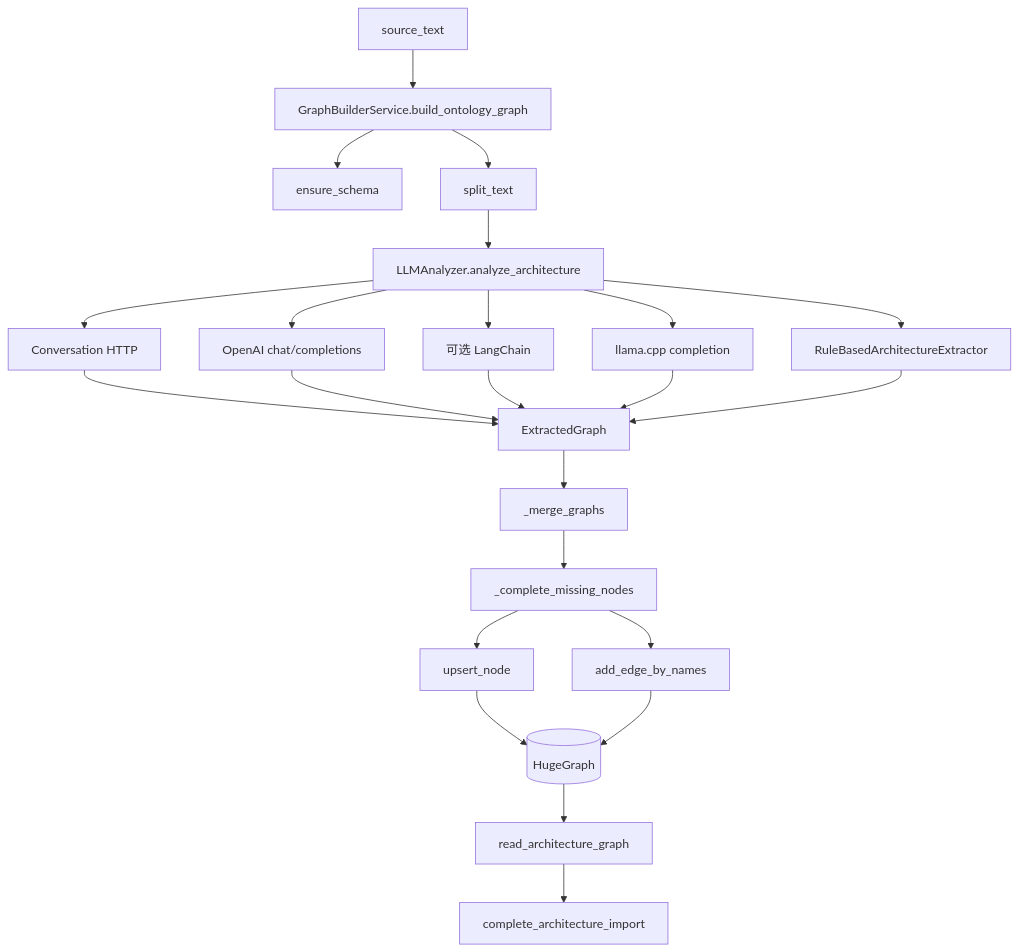
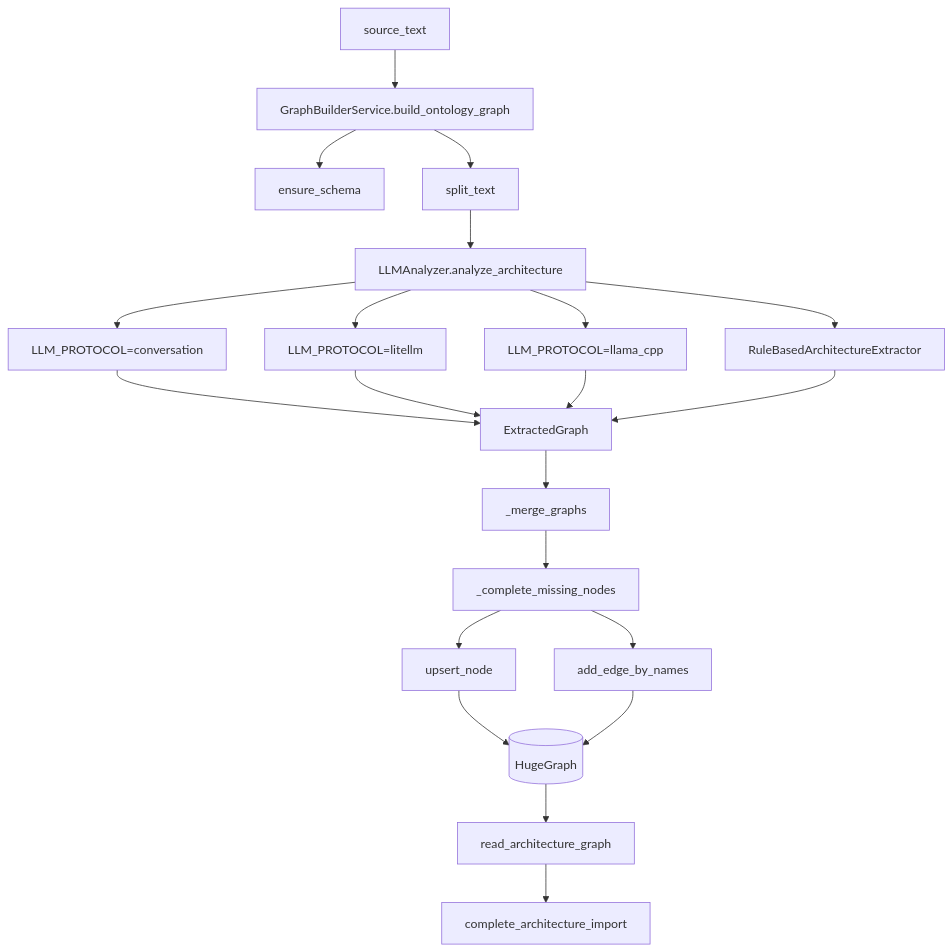
Before and after one commit to YoungYa01/llm-hugegraph: the second of 2 diagrams in docs/Log系统运维SOP文档.md, drawn with Mermaid. The commit also changed other lines of this file and 14 other files, not shown here.

````diff
--- a/docs/Log系统运维SOP文档.md
+++ b/docs/Log系统运维SOP文档.md
@@ -340,25 +348,23 @@
 ```mermaid
 flowchart TD
     T[source_text] --> B[GraphBuilderService.build_ontology_graph]
     B --> S[ensure_schema]
     B --> C[split_text]
     C --> A[LLMAnalyzer.analyze_architecture]
-    A --> C1[Conversation HTTP]
-    A --> C2[OpenAI chat/completions]
-    A --> C3[可选 LangChain]
-    A --> C4[llama.cpp completion]
-    A --> C5[RuleBasedArchitectureExtractor]
+    A --> C1[LLM_PROTOCOL=conversation]
+    A --> C2[LLM_PROTOCOL=litellm]
+    A --> C3[LLM_PROTOCOL=llama_cpp]
+    A --> C4[RuleBasedArchitectureExtractor]
     C1 --> N[ExtractedGraph]
     C2 --> N
     C3 --> N
     C4 --> N
-    C5 --> N
     N --> M[_merge_graphs]
     M --> E[_complete_missing_nodes]
     E --> V[upsert_node]
     V --> G[(HugeGraph)]
     E --> R[add_edge_by_names]
     R --> G
     G --> P[read_architecture_graph]
     P --> D[complete_architecture_import]
 ```
````
